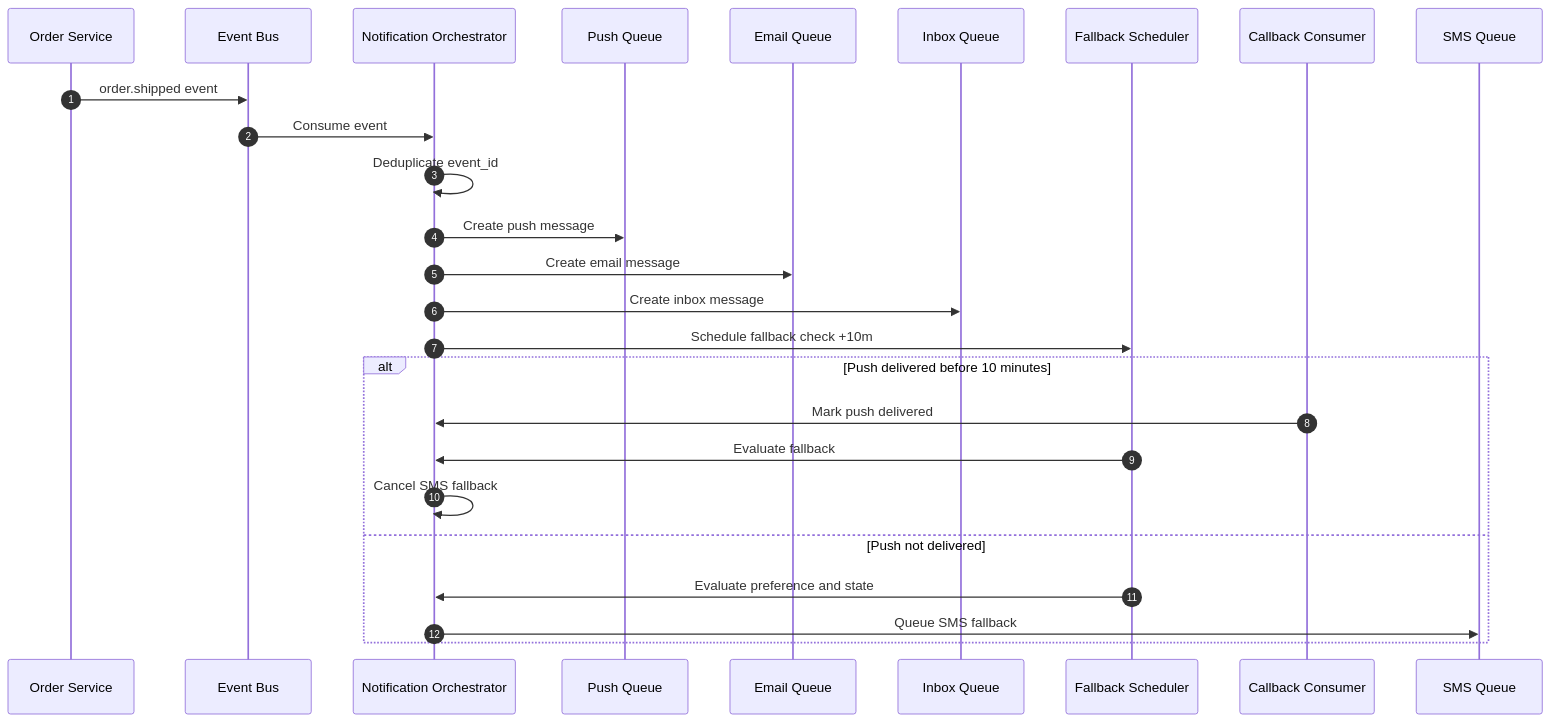
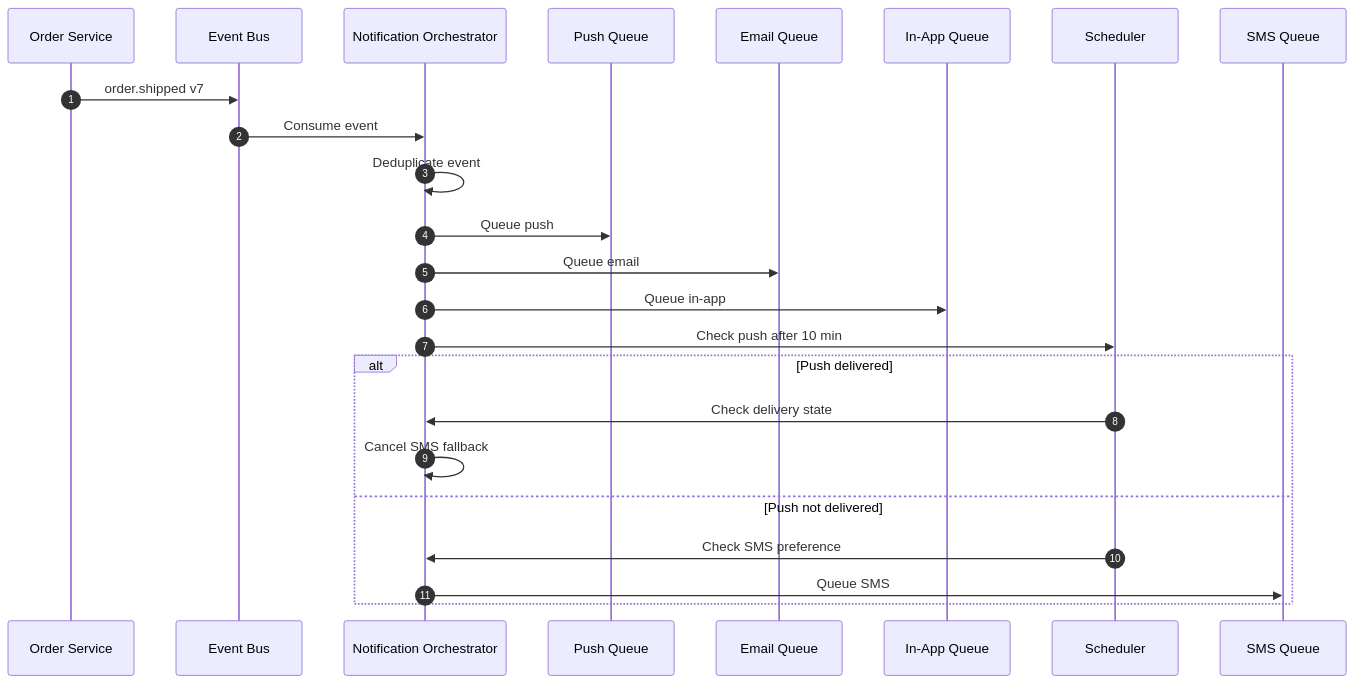
The tenth of 10 diagrams in src/content/system-design/notification-system.md (AvadhBhalodiya/Interview-Preparation), drawn with Mermaid before and after one commit. The commit also changed other lines of this file and 54 other files, not shown here.

````diff
--- a/src/content/system-design/notification-system.md
+++ b/src/content/system-design/notification-system.md
@@ -1585,30 +983,30 @@
 ```mermaid
 sequenceDiagram
     autonumber
+
     participant O as Order Service
     participant B as Event Bus
     participant N as Notification Orchestrator
     participant PQ as Push Queue
     participant EQ as Email Queue
-    participant IQ as Inbox Queue
-    participant S as Fallback Scheduler
-    participant C as Callback Consumer
+    participant IQ as In-App Queue
+    participant S as Scheduler
     participant SQ as SMS Queue
 
-    O->>B: order.shipped event
+    O->>B: order.shipped v7
     B->>N: Consume event
-    N->>N: Deduplicate event_id
-    N->>PQ: Create push message
-    N->>EQ: Create email message
-    N->>IQ: Create inbox message
-    N->>S: Schedule fallback check +10m
 
-    alt Push delivered before 10 minutes
-        C->>N: Mark push delivered
-        S->>N: Evaluate fallback
+    N->>N: Deduplicate event
+    N->>PQ: Queue push
+    N->>EQ: Queue email
+    N->>IQ: Queue in-app
+    N->>S: Check push after 10 min
+
+    alt Push delivered
+        S->>N: Check delivery state
         N->>N: Cancel SMS fallback
     else Push not delivered
-        S->>N: Evaluate preference and state
-        N->>SQ: Queue SMS fallback
+        S->>N: Check SMS preference
+        N->>SQ: Queue SMS
     end
 ```
````
